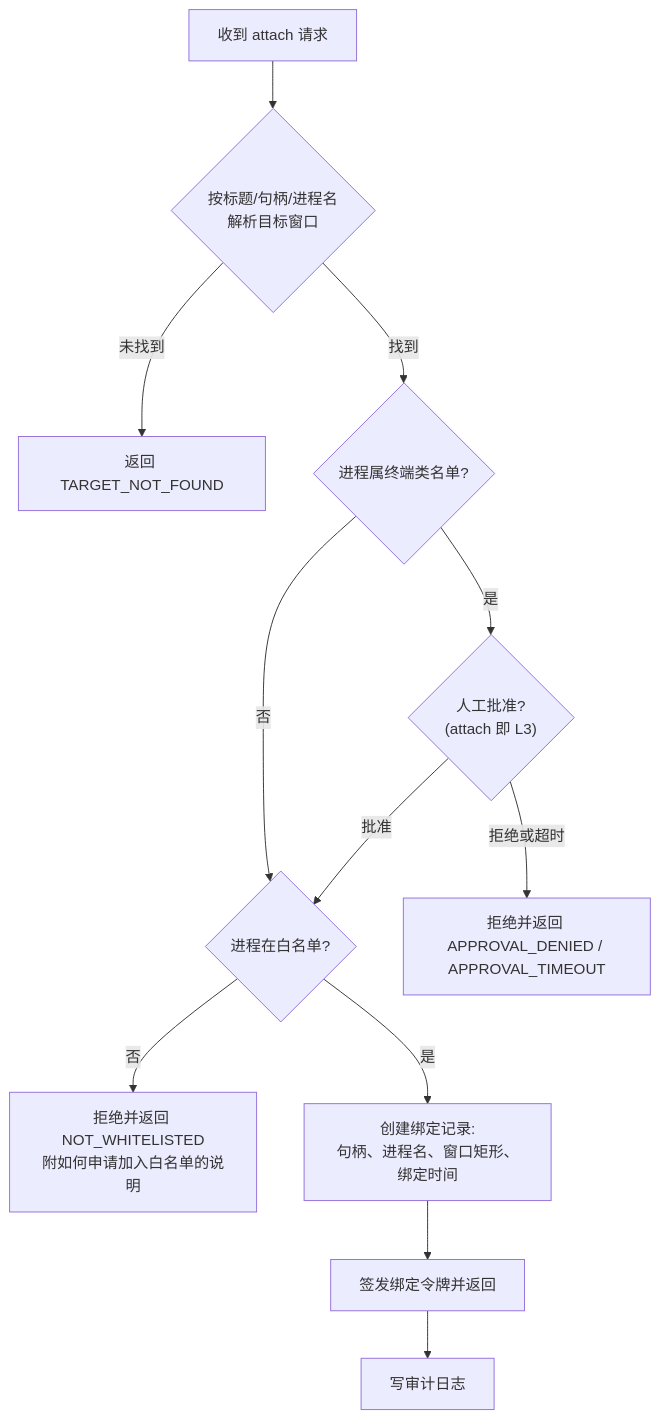
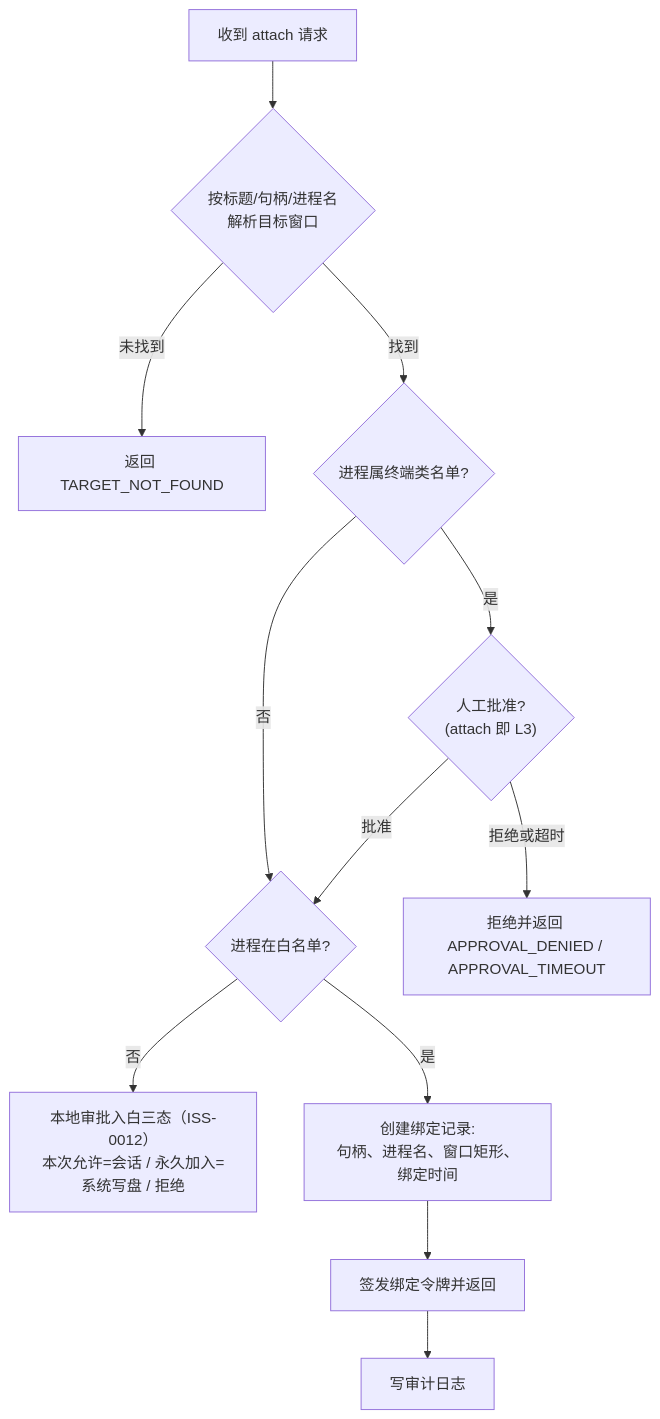
Before and after one commit to Ddfang-sdf/deskpilot: the third of 10 diagrams in docs/功能设计说明书.md, drawn with Mermaid. The commit also changed other lines of this file and 25 other files, not shown here.

````diff
--- a/docs/功能设计说明书.md
+++ b/docs/功能设计说明书.md
@@ -157,14 +157,14 @@
 ```mermaid
 flowchart TD
     A["收到 attach 请求"] --> B{"按标题/句柄/进程名<br/>解析目标窗口"}
     B -->|"未找到"| R1["返回 TARGET_NOT_FOUND"]
     B -->|"找到"| C{"进程属终端类名单?"}
     C -->|"是"| L3{"人工批准?<br/>(attach 即 L3)"}
     C -->|"否"| D{"进程在白名单?"}
     L3 -->|"批准"| D
     L3 -->|"拒绝或超时"| R2["拒绝并返回 APPROVAL_DENIED / APPROVAL_TIMEOUT"]
-    D -->|"否"| R3["拒绝并返回 NOT_WHITELISTED<br/>附如何申请加入白名单的说明"]
+    D -->|"否"| R3["本地审批入白三态（ISS-0012）<br/>本次允许=会话 / 永久加入=系统写盘 / 拒绝"]
     D -->|"是"| E["创建绑定记录:<br/>句柄、进程名、窗口矩形、绑定时间"]
     E --> F["签发绑定令牌并返回"]
     F --> G["写审计日志"]
 ```
````
